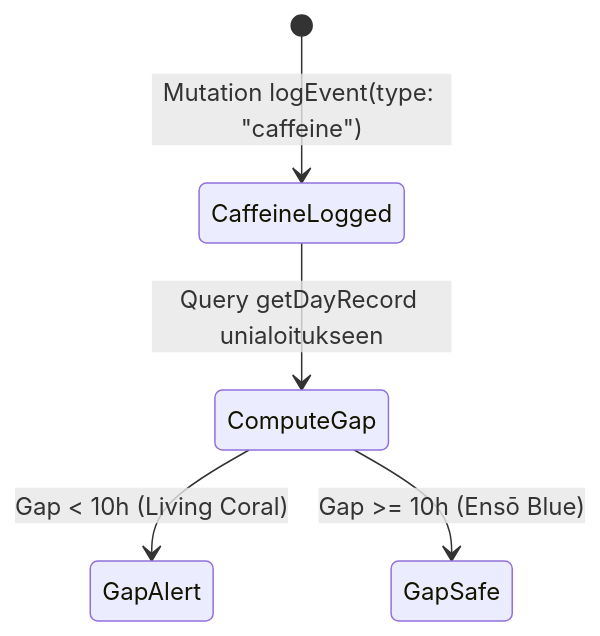
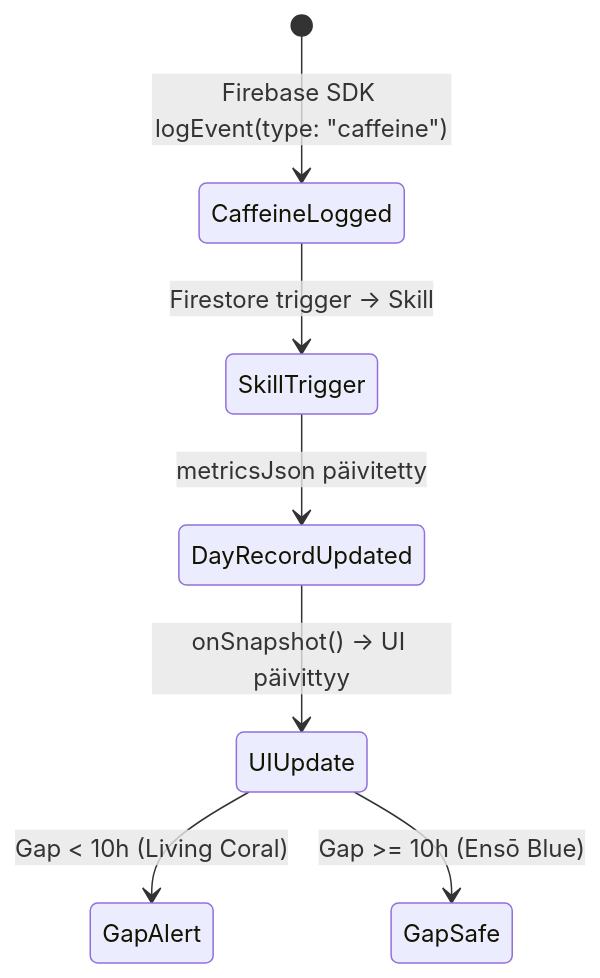
The third of 3 diagrams in use_cases_visual_design.md (jaakkokorhonen/pwa-oura), drawn with Mermaid before and after one commit. The commit also changed other lines of this file, not shown here.

Commit message:
docs: päivitä arkkitehtuurikaavio hybridi-malliin (Firebase SDK kirjauksiin, Apollo lukuihin)

````diff
--- a/use_cases_visual_design.md
+++ b/use_cases_visual_design.md
@@ -124,7 +129,9 @@
 ```mermaid
 stateDiagram-v2
-    [*] --> CaffeineLogged: Mutation logEvent(type: "caffeine")
-    CaffeineLogged --> ComputeGap: Query getDayRecord unialoitukseen
-    ComputeGap --> GapAlert: Gap < 10h (Living Coral)
-    ComputeGap --> GapSafe: Gap >= 10h (Ensō Blue)
+    [*] --> CaffeineLogged: Firebase SDK logEvent(type: "caffeine")
+    CaffeineLogged --> SkillTrigger: Firestore trigger → Skill
+    SkillTrigger --> DayRecordUpdated: metricsJson päivitetty
+    DayRecordUpdated --> UIUpdate: onSnapshot() → UI päivittyy
+    UIUpdate --> GapAlert: Gap < 10h (Living Coral)
+    UIUpdate --> GapSafe: Gap >= 10h (Ensō Blue)
 ```
````
